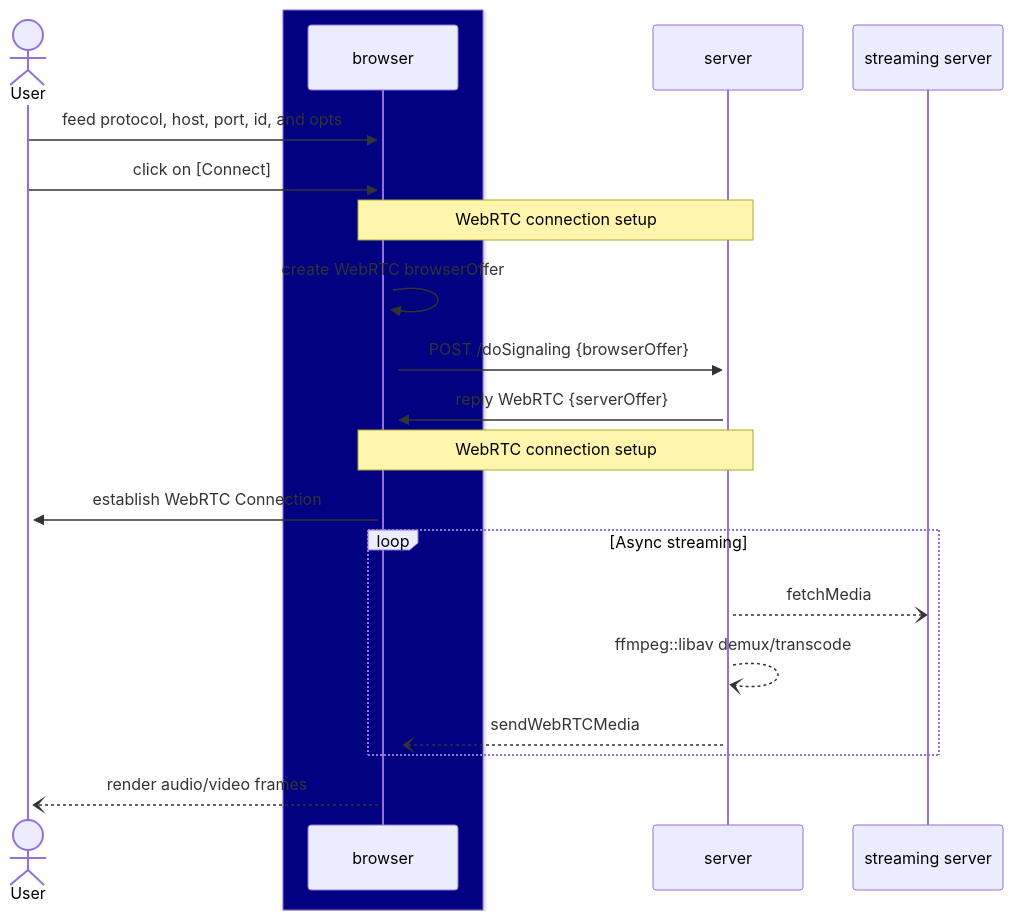
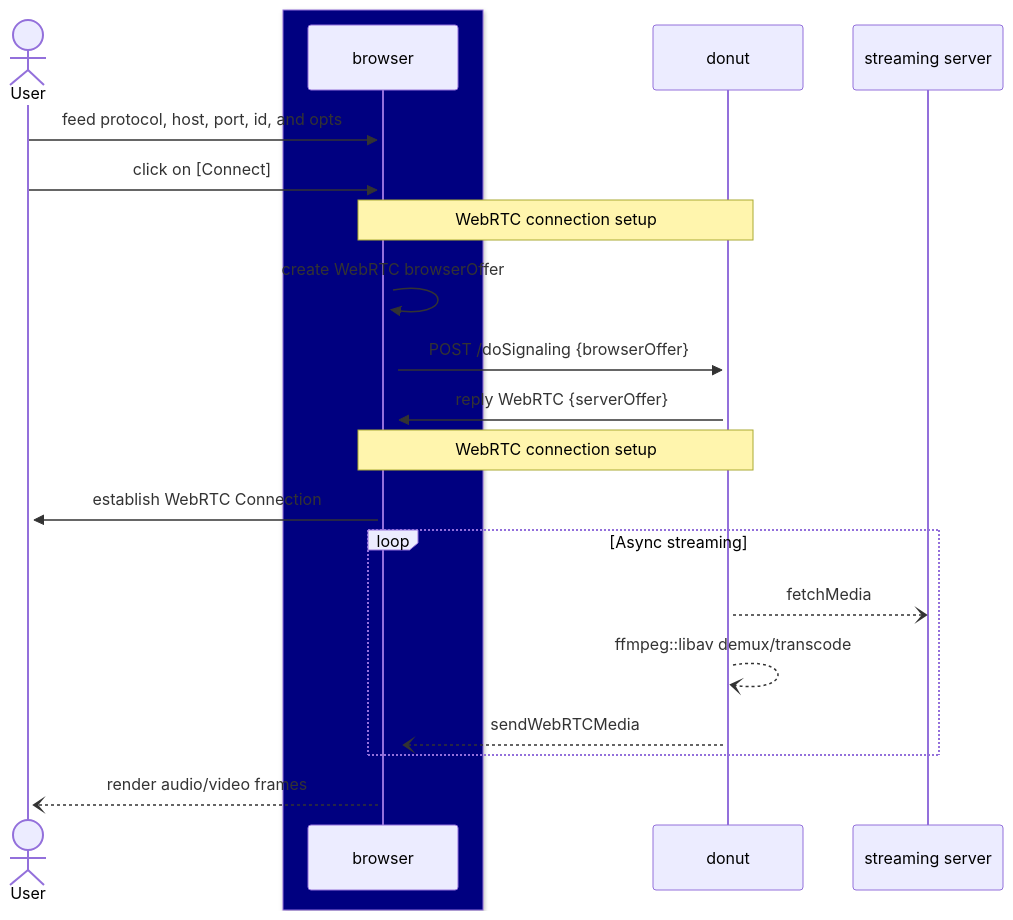
The first of 2 diagrams in HOW_IT_WORKS.md (flavioribeiro/donut), drawn with Mermaid before and after one commit.

Commit message:
replaces server by donut

````diff
--- a/HOW_IT_WORKS.md
+++ b/HOW_IT_WORKS.md
@@ -3,30 +3,30 @@
 ```mermaid
 sequenceDiagram
     actor User
 
     box Navy
         participant browser
     end
 
     User->>+browser: feed protocol, host, port, id, and opts
     User->>+browser: click on [Connect]
     
-    Note over server,browser: WebRTC connection setup
+    Note over donut,browser: WebRTC connection setup
     
     browser->>+browser: create WebRTC browserOffer
-    browser->>+server: POST /doSignaling {browserOffer}
+    browser->>+donut: POST /doSignaling {browserOffer}
 
-    server->>+browser: reply WebRTC {serverOffer}
+    donut->>+browser: reply WebRTC {serverOffer}
 
-    Note over server,browser: WebRTC connection setup
+    Note over donut,browser: WebRTC connection setup
 
     browser->>+User: establish WebRTC Connection
 
     loop Async streaming
-        server--)streaming server: fetchMedia
-        server--)server: ffmpeg::libav demux/transcode
-        server--)browser: sendWebRTCMedia
+        donut--)streaming server: fetchMedia
+        donut--)donut: ffmpeg::libav demux/transcode
+        donut--)browser: sendWebRTCMedia
     end
     
     browser--)User: render audio/video frames
 ```
````
